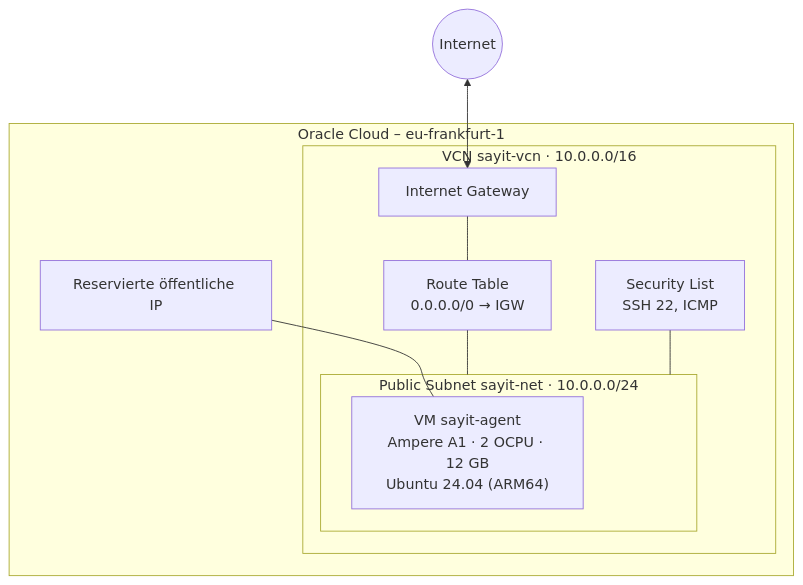
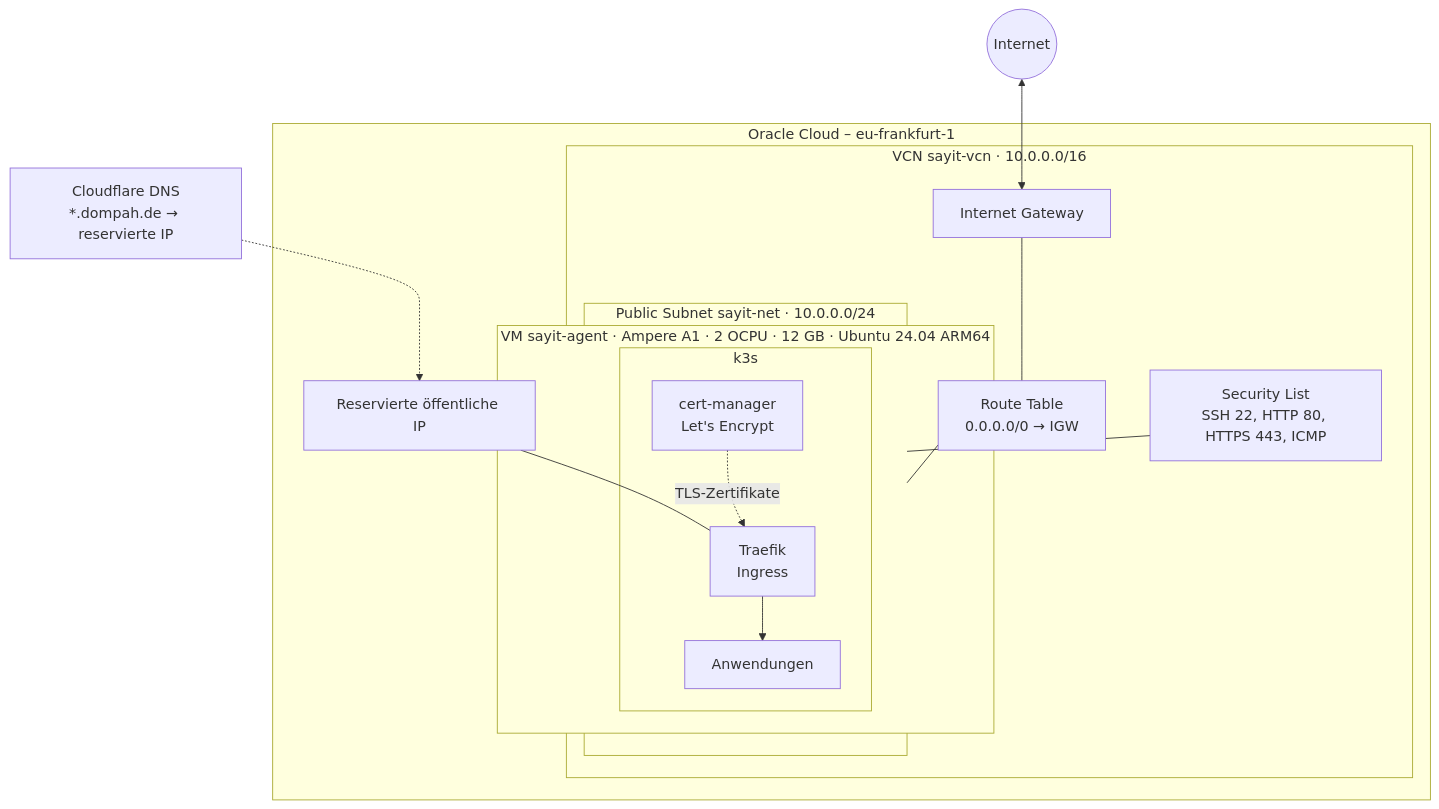
The diagram in README.md (DomNicode/oracle-platform), drawn with Mermaid before and after one commit. The commit also changed other lines of this file and 3 other files, not shown here.

Commit message:
HTTPS: Ports 80/443 per Terraform, cert-manager mit Let's Encrypt, Doku

````diff
--- a/README.md
+++ b/README.md
@@ -12,23 +12,34 @@
 ```mermaid
 flowchart TB
     Internet((Internet))
 
     subgraph OCI["Oracle Cloud – eu-frankfurt-1"]
         subgraph VCN["VCN sayit-vcn · 10.0.0.0/16"]
             IGW[Internet Gateway]
             RT[Route Table<br/>0.0.0.0/0 → IGW]
-            SL[Security List<br/>SSH 22, ICMP]
+            SL[Security List<br/>SSH 22, HTTP 80, HTTPS 443, ICMP]
 
             subgraph Subnet["Public Subnet sayit-net · 10.0.0.0/24"]
-                VM["VM sayit-agent<br/>Ampere A1 · 2 OCPU · 12 GB<br/>Ubuntu 24.04 (ARM64)"]
+                subgraph VM["VM sayit-agent · Ampere A1 · 2 OCPU · 12 GB · Ubuntu 24.04 ARM64"]
+                    subgraph K3S["k3s"]
+                        TR[Traefik<br/>Ingress]
+                        CM[cert-manager<br/>Let's Encrypt]
+                        APPS[Anwendungen]
+                    end
+                end
             end
         end
         IP[Reservierte öffentliche IP]
     end
 
+    DNS["Cloudflare DNS<br/>*.dompah.de → reservierte IP"]
+
     Internet <--> IGW
+    DNS -.-> IP
     IGW --- RT
     RT --- Subnet
     SL --- Subnet
-    IP --- VM
+    IP --- TR
+    TR --> APPS
+    CM -. TLS-Zertifikate .-> TR
 ```
````
